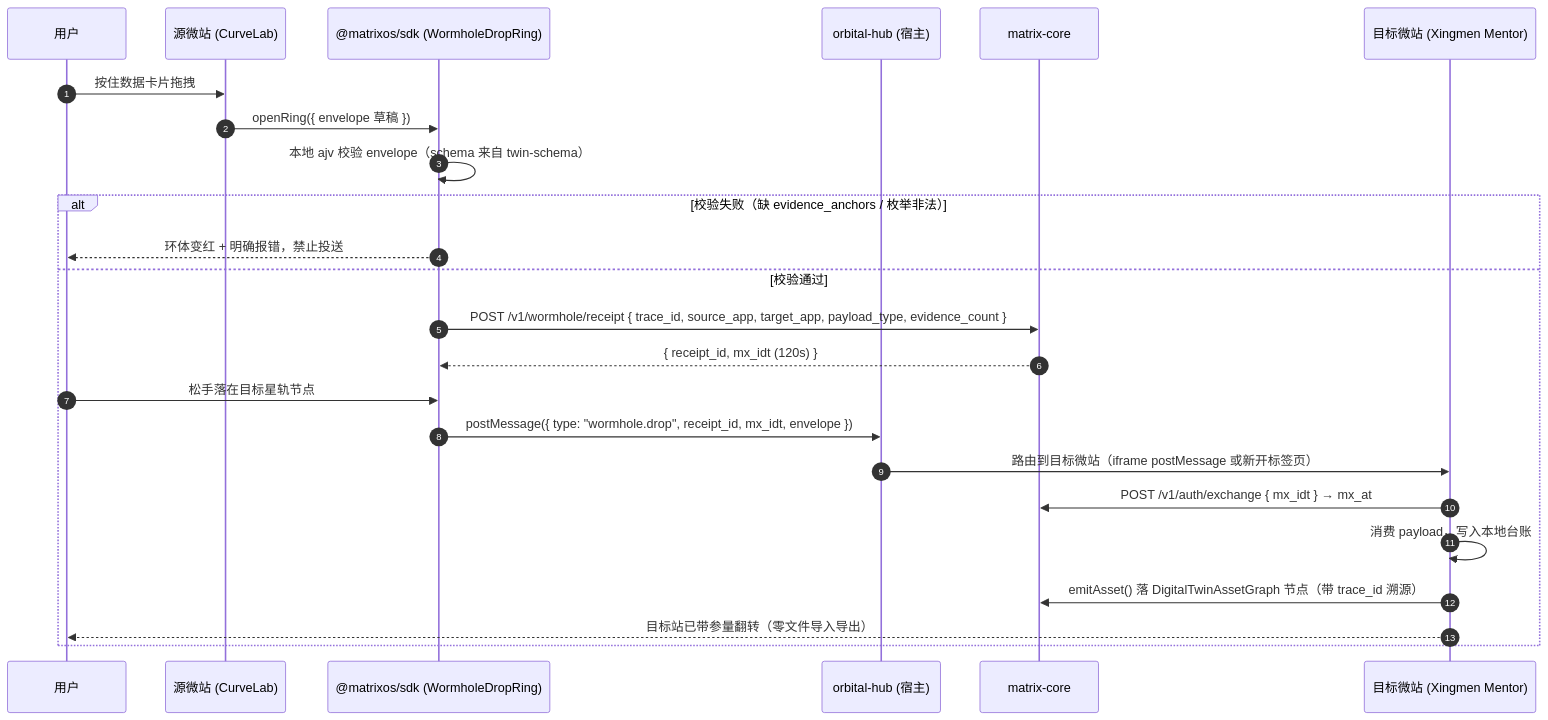
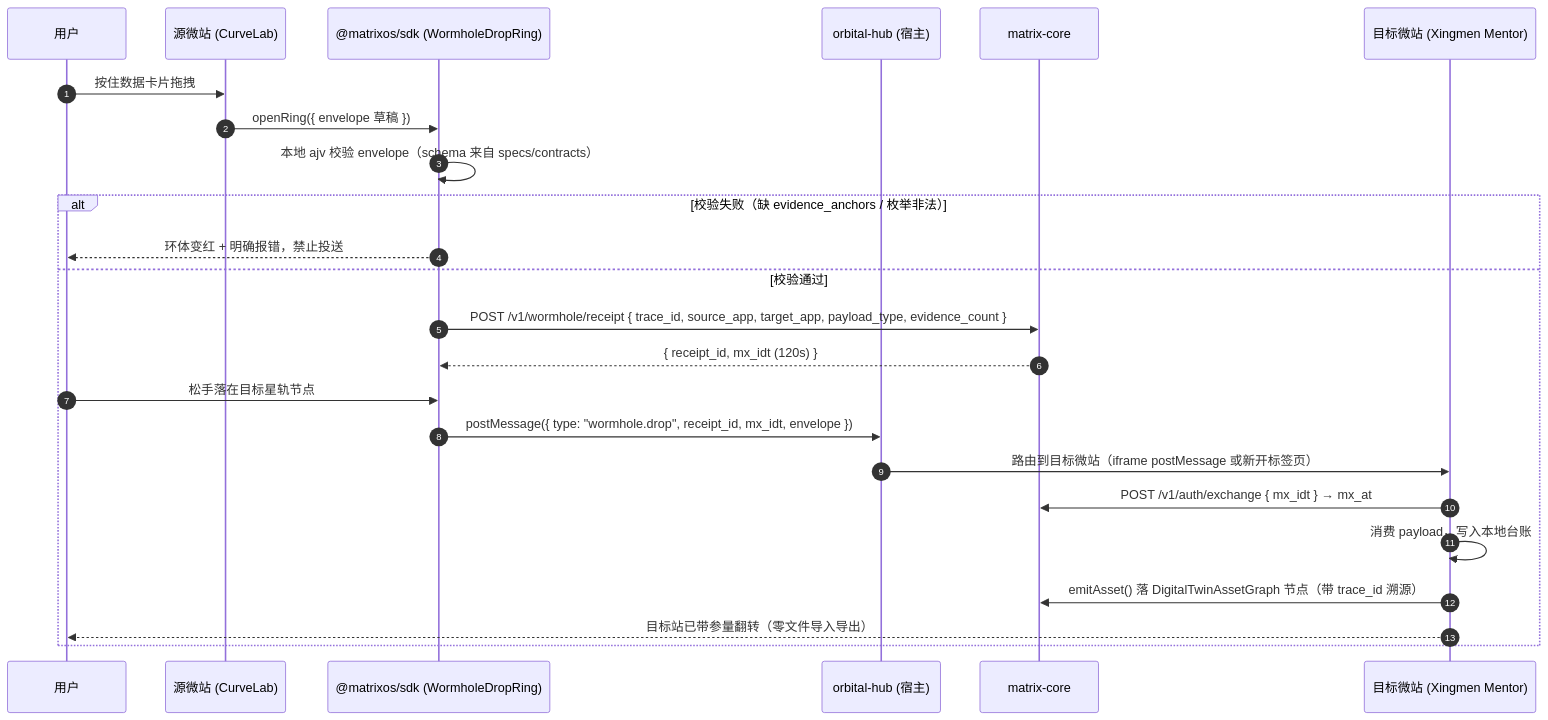
The third of 4 diagrams in docs/01-plan/01-architecture.md (meat-daemon-404/matrixos), drawn with Mermaid before and after one commit. The commit also changed other lines of this file and 12 other files, not shown here.

````diff
--- a/docs/01-plan/01-architecture.md
+++ b/docs/01-plan/01-architecture.md
@@ -317,27 +327,27 @@
 ```mermaid
 sequenceDiagram
     autonumber
     participant U as 用户
     participant SRC as 源微站 (CurveLab)
     participant SDK as @matrixos/sdk (WormholeDropRing)
     participant HUB as orbital-hub (宿主)
     participant CORE as matrix-core
     participant TGT as 目标微站 (Xingmen Mentor)
 
     U->>SRC: 按住数据卡片拖拽
     SRC->>SDK: openRing({ envelope 草稿 })
-    SDK->>SDK: 本地 ajv 校验 envelope（schema 来自 twin-schema）
+    SDK->>SDK: 本地 ajv 校验 envelope（schema 来自 specs/contracts）
     alt 校验失败（缺 evidence_anchors / 枚举非法）
         SDK-->>U: 环体变红 + 明确报错，禁止投送
     else 校验通过
         SDK->>CORE: POST /v1/wormhole/receipt { trace_id, source_app, target_app, payload_type, evidence_count }
         CORE-->>SDK: { receipt_id, mx_idt (120s) }
         U->>SDK: 松手落在目标星轨节点
         SDK->>HUB: postMessage({ type: "wormhole.drop", receipt_id, mx_idt, envelope })
         HUB->>TGT: 路由到目标微站（iframe postMessage 或新开标签页）
         TGT->>CORE: POST /v1/auth/exchange { mx_idt } → mx_at
         TGT->>TGT: 消费 payload，写入本地台账
         TGT->>CORE: emitAsset() 落 DigitalTwinAssetGraph 节点（带 trace_id 溯源）
         TGT-->>U: 目标站已带参量翻转（零文件导入导出）
     end
 ```
````
